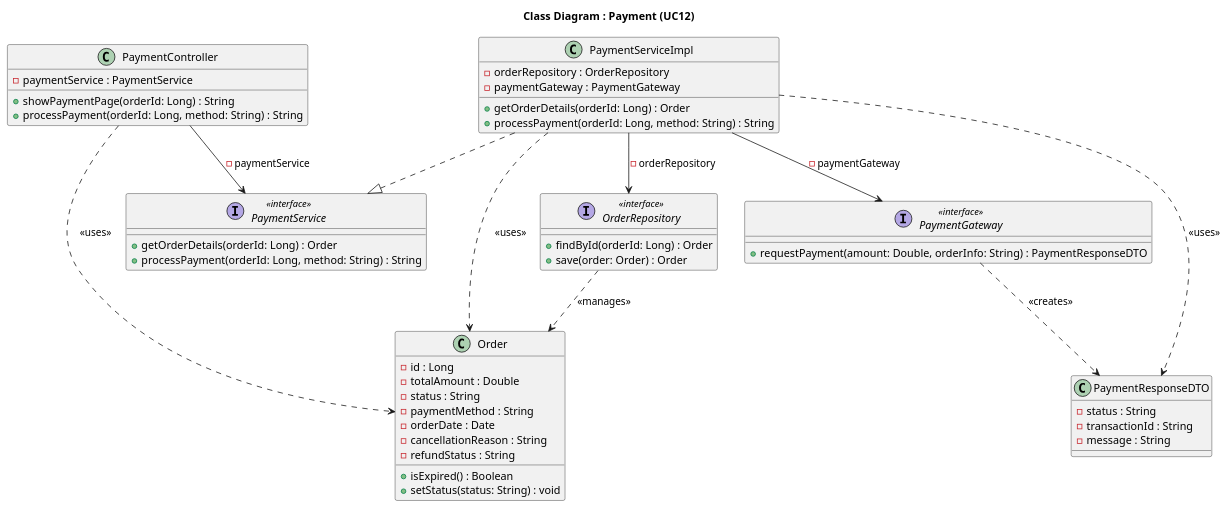
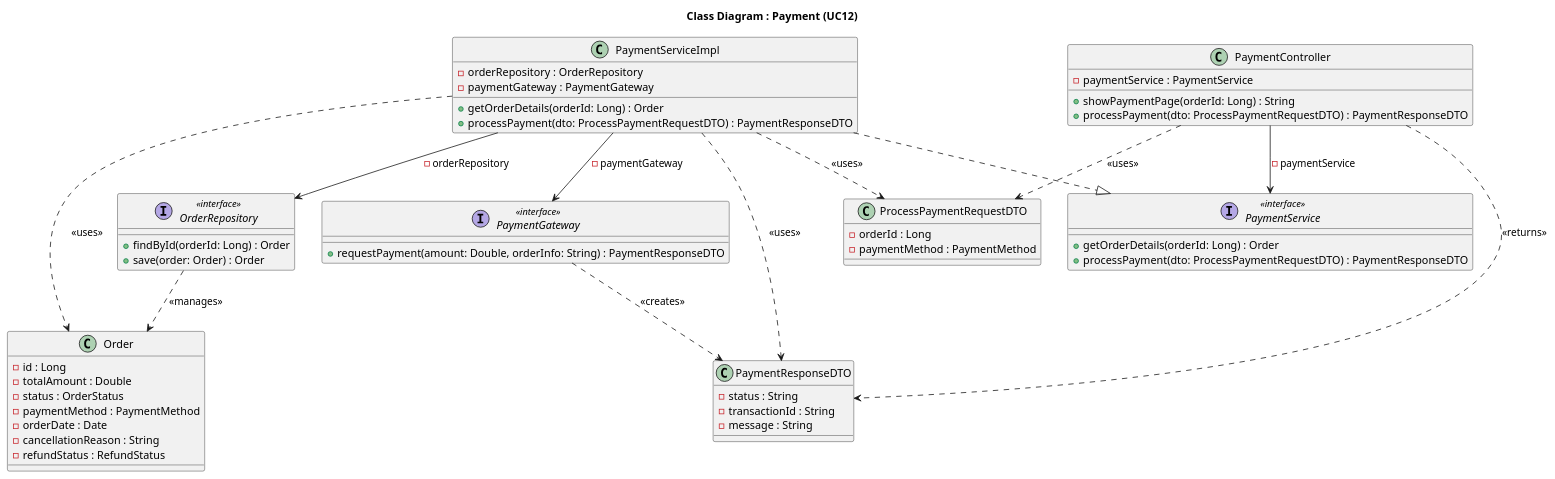
Before and after one commit to Peterdir/fashion-store-system: the diagram in src/main/java/org/example/fashionstoresystem/uml/Class/CD12_Payment.puml, drawn with PlantUML. The commit also changed 63 other files, not shown here.

```diff
--- a/src/main/java/org/example/fashionstoresystem/uml/Class/CD12_Payment.puml
+++ b/src/main/java/org/example/fashionstoresystem/uml/Class/CD12_Payment.puml
@@ -1,72 +1,80 @@
 @startuml
 title Class Diagram : Payment (UC12)
 
 ' Controller
 class PaymentController {
     - paymentService : PaymentService
     + showPaymentPage(orderId: Long) : String
-    + processPayment(orderId: Long, method: String) : String
+    + processPayment(dto: ProcessPaymentRequestDTO) : PaymentResponseDTO
 }
 
 ' Service
 interface PaymentService <<interface>> {
     + getOrderDetails(orderId: Long) : Order
-    + processPayment(orderId: Long, method: String) : String
+    + processPayment(dto: ProcessPaymentRequestDTO) : PaymentResponseDTO
 }
 
 class PaymentServiceImpl {
     - orderRepository : OrderRepository
     - paymentGateway : PaymentGateway
     + getOrderDetails(orderId: Long) : Order
-    + processPayment(orderId: Long, method: String) : String
+    + processPayment(dto: ProcessPaymentRequestDTO) : PaymentResponseDTO
 }
 
 ' External Gateway Service
 interface PaymentGateway <<interface>> {
     + requestPayment(amount: Double, orderInfo: String) : PaymentResponseDTO
 }
 
 ' Repository
 interface OrderRepository <<interface>> {
     + findById(orderId: Long) : Order
     + save(order: Order) : Order
 }
 
-' Entity & DTO
-class Order {
-    - id : Long
-    - totalAmount : Double
-    - status : String
-    - paymentMethod : String
-    - orderDate : Date
-    - cancellationReason : String
-    - refundStatus : String
-    + isExpired() : Boolean
-    + setStatus(status: String) : void
+' DTO
+
+class ProcessPaymentRequestDTO {
+    - orderId : Long
+    - paymentMethod : PaymentMethod
 }
 
 class PaymentResponseDTO {
     - status : String
     - transactionId : String
     - message : String
+}
+
+' Entity
+
+class Order {
+    - id : Long
+    - totalAmount : Double
+    - status : OrderStatus
+    - paymentMethod : PaymentMethod
+    - orderDate : Date
+    - cancellationReason : String
+    - refundStatus : RefundStatus
 }
 
 ' Relationships
 
 ' Class implement Interface
 PaymentServiceImpl ..|> PaymentService
 
 ' Dependency Injection
 PaymentController --> PaymentService : - paymentService
 PaymentServiceImpl --> OrderRepository : - orderRepository
 PaymentServiceImpl --> PaymentGateway : - paymentGateway
 
 ' Object Usage
-PaymentController ..> Order : <<uses>>
+PaymentController ..> ProcessPaymentRequestDTO : <<uses>>
+PaymentController ..> PaymentResponseDTO : <<returns>>
+PaymentServiceImpl ..> ProcessPaymentRequestDTO : <<uses>>
 PaymentServiceImpl ..> Order : <<uses>>
 OrderRepository ..> Order : <<manages>>
 
 PaymentGateway ..> PaymentResponseDTO : <<creates>>
 PaymentServiceImpl ..> PaymentResponseDTO : <<uses>>
 
 @enduml
```
